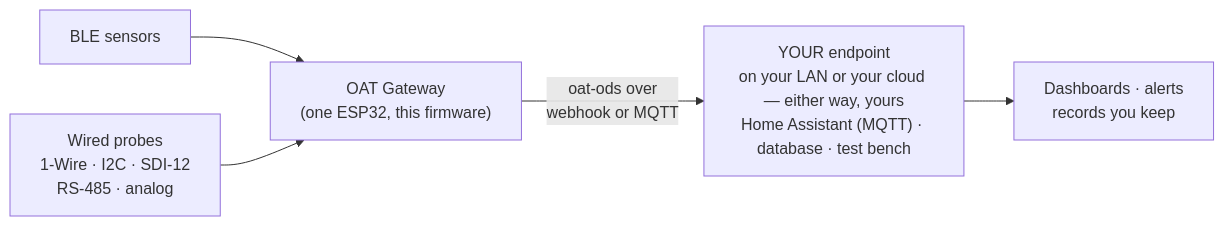
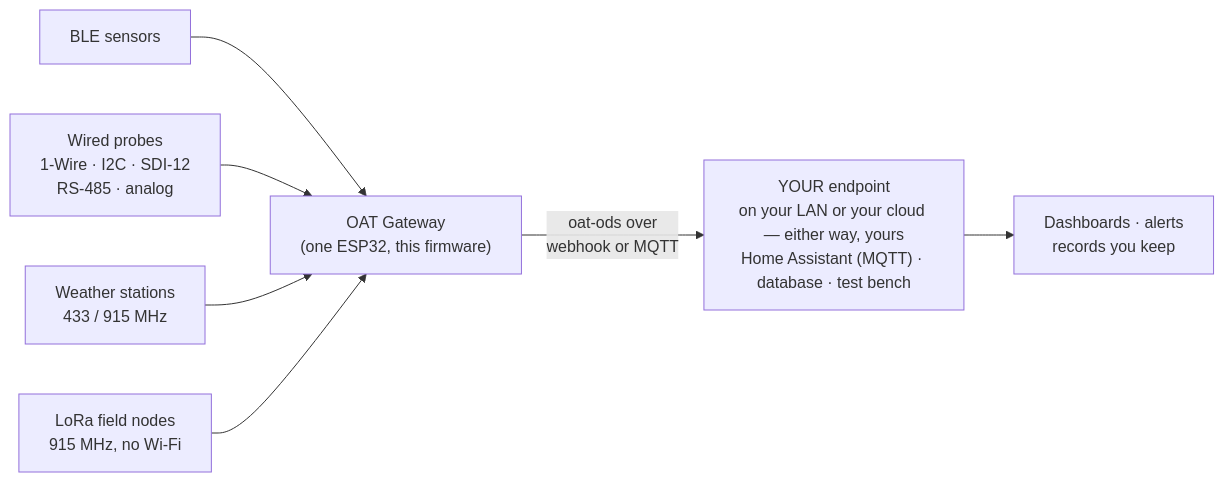
Before and after one commit to openagtechnology/oat-sketches: the diagram in README.md, drawn with Mermaid. The commit also changed other lines of this file and 37 other files, not shown here.

Commit message:
publish: oat-sdi12-reader, oat-ds18b20-node, oat-sht30-node, oat-ble-listener, oat-modbus-reader, oat-analog-reader, oat-cwsi-node, oat-loadcell-water, oat-lora-field-node, oat-lora-gateway, oat-weather-listener + library front page

````diff
--- a/README.md
+++ b/README.md
@@ -33,7 +33,9 @@
 ```mermaid
 flowchart LR
   S1[BLE sensors] --> GW
   S2[Wired probes<br>1-Wire · I2C · SDI-12<br>RS-485 · analog] --> GW
+  S3[Weather stations<br>433 / 915 MHz] --> GW
+  S4[LoRa field nodes<br>915 MHz, no Wi-Fi] --> GW
   GW["OAT Gateway<br>(one ESP32, this firmware)"] -- "oat-ods over<br>webhook or MQTT" --> E["YOUR endpoint<br>on your LAN or your cloud — either way, yours<br>Home Assistant (MQTT) · database · test bench"]
   E --> U[Dashboards · alerts<br>records you keep]
 ```
````
